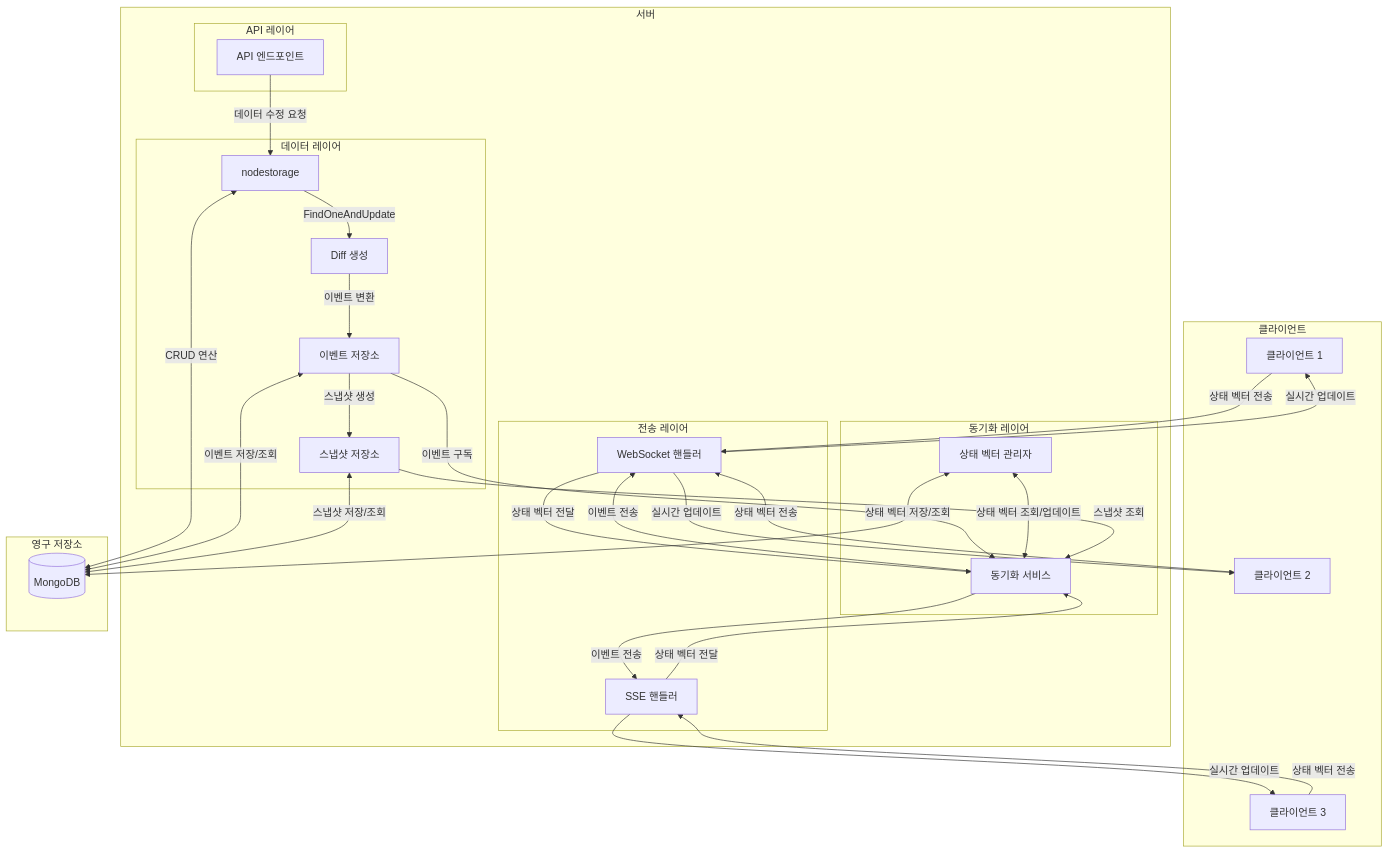
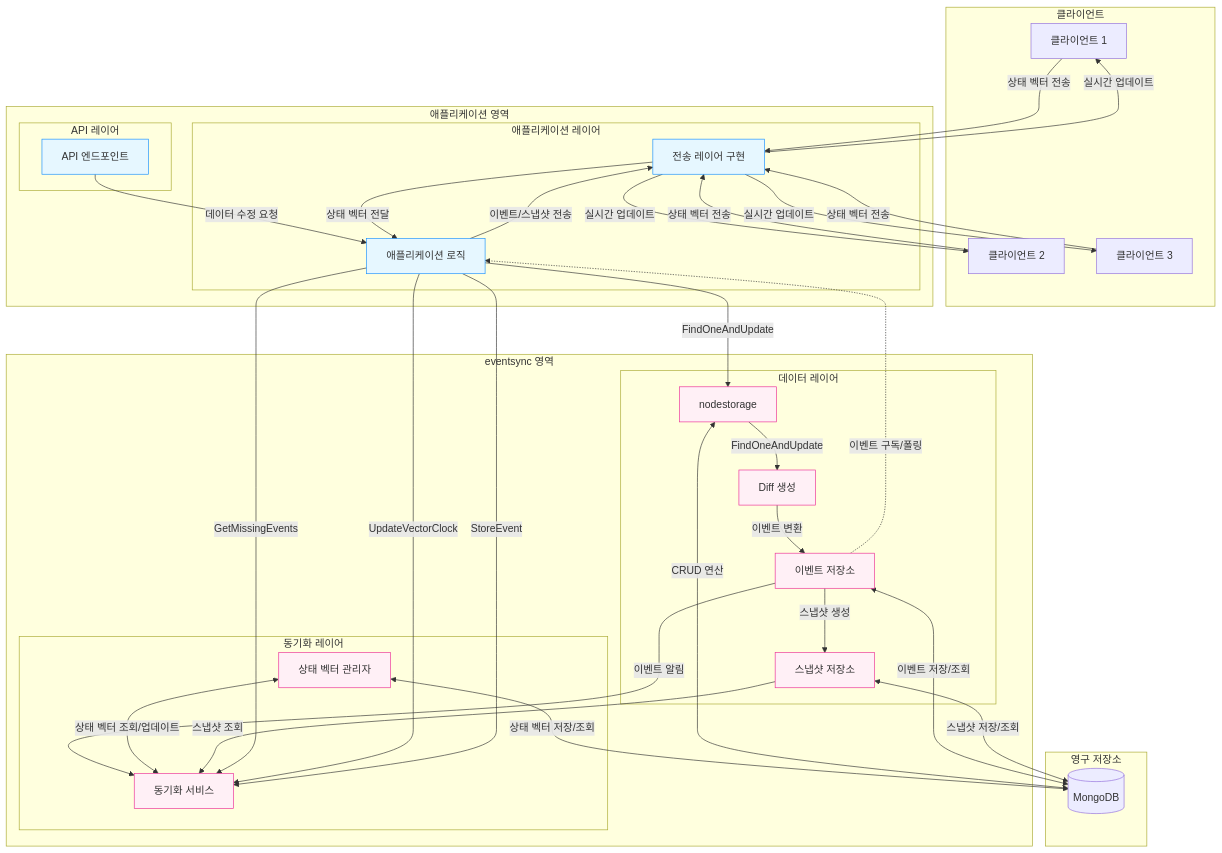
The first of 9 diagrams in eventsync/README.md (homveloper/boss-raid-game), drawn with Mermaid before and after one commit. The commit also changed other lines of this file and 30 other files, not shown here.

````diff
--- a/eventsync/README.md
+++ b/eventsync/README.md
@@ -18,55 +58,70 @@
 ```mermaid
 graph TD
     subgraph 클라이언트
         C1[클라이언트 1]
         C2[클라이언트 2]
         C3[클라이언트 3]
     end
 
-    subgraph 서버
+    subgraph 애플리케이션 영역
         subgraph API 레이어
             API[API 엔드포인트]
         end
 
+        subgraph 애플리케이션 레이어
+            APP[애플리케이션 로직]
+            TRANS[전송 레이어 구현]
+        end
+    end
+
+    subgraph eventsync 영역
         subgraph 데이터 레이어
             NS[nodestorage]
             NS -->|FindOneAndUpdate| DIFF[Diff 생성]
             DIFF -->|이벤트 변환| ES[이벤트 저장소]
             ES -->|스냅샷 생성| SS[스냅샷 저장소]
         end
 
         subgraph 동기화 레이어
             SV[상태 벡터 관리자]
             SYNC[동기화 서비스]
-            ES -->|이벤트 구독| SYNC
+            ES -->|이벤트 알림| SYNC
             SV <-->|상태 벡터 조회/업데이트| SYNC
             SS -->|스냅샷 조회| SYNC
         end
-
-        subgraph 전송 레이어
-            WS[WebSocket 핸들러]
-            SSE[SSE 핸들러]
-        end
     end
 
-    API -->|데이터 수정 요청| NS
-    SYNC -->|이벤트 전송| WS
-    SYNC -->|이벤트 전송| SSE
-    WS -->|실시간 업데이트| C1
-    WS -->|실시간 업데이트| C2
-    SSE -->|실시간 업데이트| C3
-    C1 -->|상태 벡터 전송| WS
-    C2 -->|상태 벡터 전송| WS
-    C3 -->|상태 벡터 전송| SSE
-    WS -->|상태 벡터 전달| SYNC
-    SSE -->|상태 벡터 전달| SYNC
+    API -->|데이터 수정 요청| APP
+    APP -->|FindOneAndUpdate| NS
+
+    %% 애플리케이션과 eventsync 간 인터페이스
+    APP -->|GetMissingEvents| SYNC
+    APP -->|UpdateVectorClock| SYNC
+    APP -->|StoreEvent| SYNC
+    ES -.->|이벤트 구독/폴링| APP
+
+    %% 애플리케이션과 클라이언트 간 통신
+    APP -->|이벤트/스냅샷 전송| TRANS
+    TRANS -->|실시간 업데이트| C1
+    TRANS -->|실시간 업데이트| C2
+    TRANS -->|실시간 업데이트| C3
+    C1 -->|상태 벡터 전송| TRANS
+    C2 -->|상태 벡터 전송| TRANS
+    C3 -->|상태 벡터 전송| TRANS
+    TRANS -->|상태 벡터 전달| APP
 
     subgraph 영구 저장소
         MONGO[(MongoDB)]
     end
 
     NS <-->|CRUD 연산| MONGO
     ES <-->|이벤트 저장/조회| MONGO
     SS <-->|스냅샷 저장/조회| MONGO
     SV <-->|상태 벡터 저장/조회| MONGO
+
+    classDef appArea fill:#e6f7ff,stroke:#1890ff;
+    classDef eventsyncArea fill:#fff0f6,stroke:#eb2f96;
+
+    class API,APP,TRANS appArea;
+    class NS,DIFF,ES,SS,SV,SYNC eventsyncArea;
 ```
````
